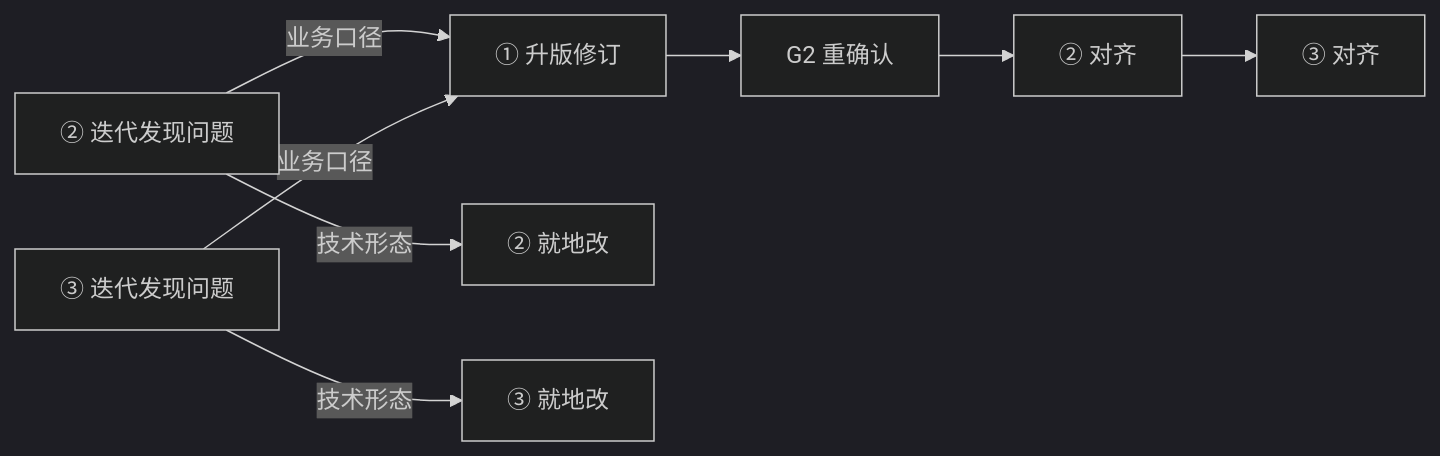
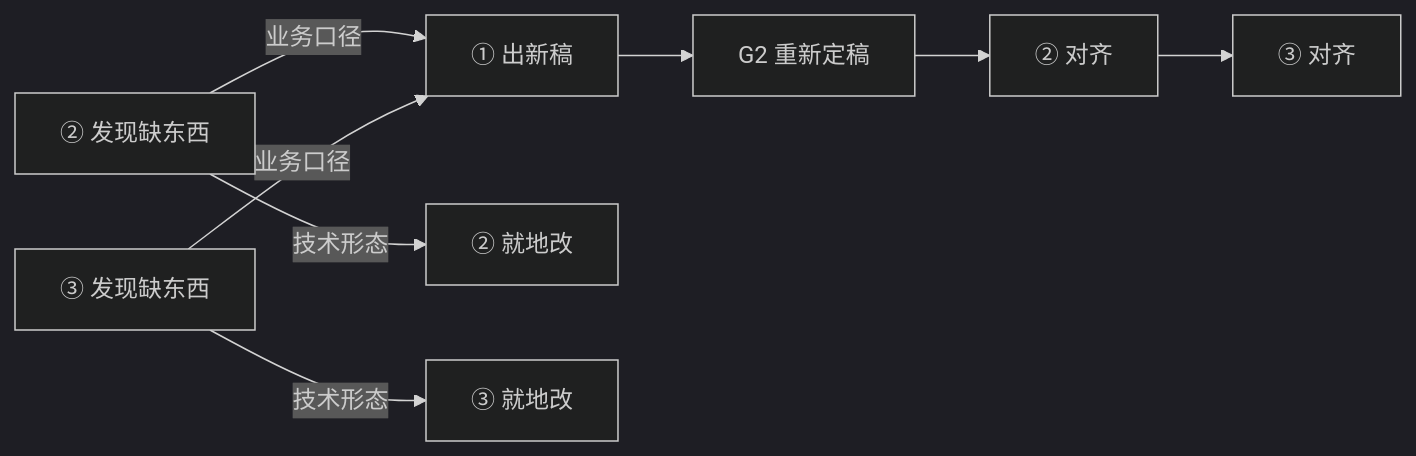
The second of 2 diagrams in documentation/best-practices/design-doc-template.md (pragmatic-lee/pragmatic-ddd), drawn with Mermaid (dark theme) before and after one commit. The commit also changed other lines of this file and 32 other files, not shown here.

````diff
--- a/documentation/best-practices/design-doc-template.md
+++ b/documentation/best-practices/design-doc-template.md
@@ -154,10 +193,10 @@
 ```mermaid
 flowchart LR
-    d2["② 迭代发现问题"] -->|业务口径| b1["① 升版修订"]
+    d2["② 发现缺东西"] -->|业务口径| b1["① 出新稿"]
     d2 -->|技术形态| s2["② 就地改"]
-    d3["③ 迭代发现问题"] -->|业务口径| b1
+    d3["③ 发现缺东西"] -->|业务口径| b1
     d3 -->|技术形态| s3["③ 就地改"]
-    b1 --> g2["G2 重确认"]
+    b1 --> g2["G2 重新定稿"]
     g2 --> g3["② 对齐"]
     g3 --> g4["③ 对齐"]
 ```
````
